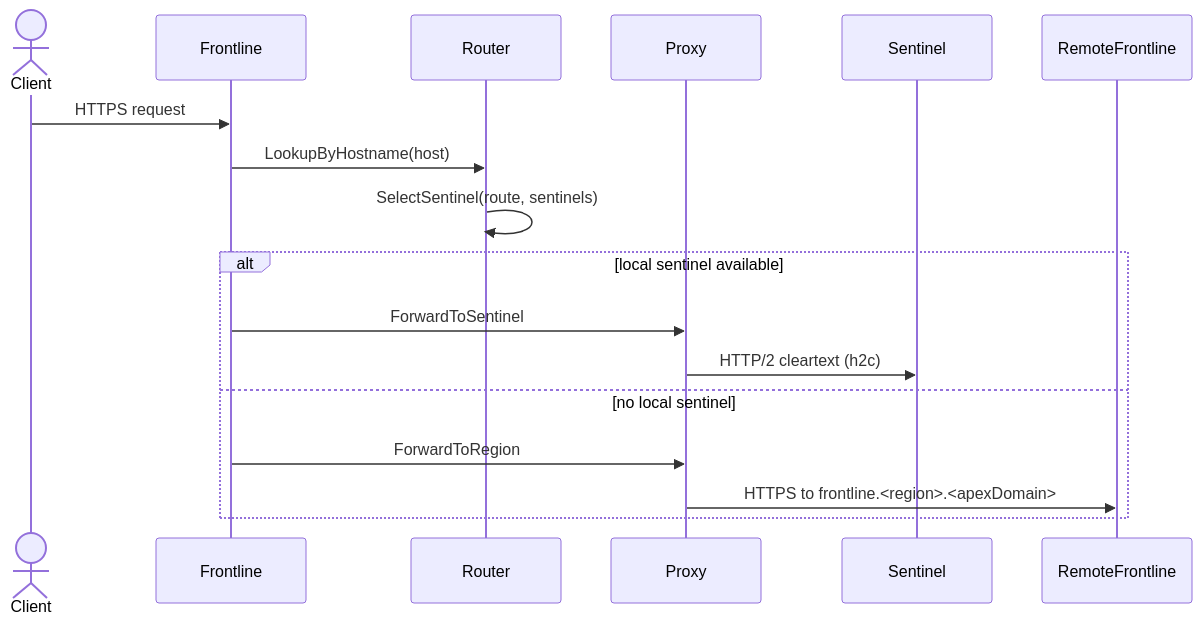
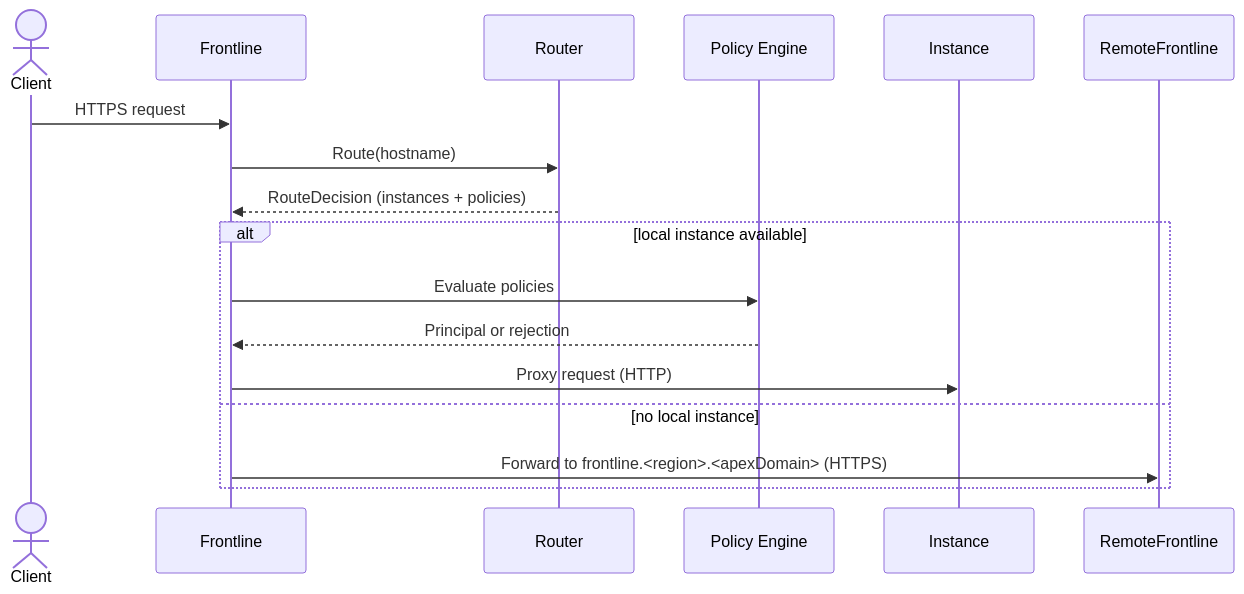
The diagram in docs/engineering/architecture/services/frontline/ingress.mdx (unkeyed/unkey), drawn with Mermaid before and after one commit. The commit also changed other lines of this file and 66 other files, not shown here.

````diff
--- a/docs/engineering/architecture/services/frontline/ingress.mdx
+++ b/docs/engineering/architecture/services/frontline/ingress.mdx
@@ -35,20 +36,20 @@
 ```mermaid
 sequenceDiagram
   actor Client
   participant Frontline
   participant Router
-  participant Proxy
-  participant Sentinel
+  participant Engine as Policy Engine
+  participant Instance
   participant RemoteFrontline
 
   Client->>Frontline: HTTPS request
-  Frontline->>Router: LookupByHostname(host)
-  Router->>Router: SelectSentinel(route, sentinels)
-  alt local sentinel available
-    Frontline->>Proxy: ForwardToSentinel
-    Proxy->>Sentinel: HTTP/2 cleartext (h2c)
-  else no local sentinel
-    Frontline->>Proxy: ForwardToRegion
-    Proxy->>RemoteFrontline: HTTPS to frontline.<region>.<apexDomain>
+  Frontline->>Router: Route(hostname)
+  Router-->>Frontline: RouteDecision (instances + policies)
+  alt local instance available
+    Frontline->>Engine: Evaluate policies
+    Engine-->>Frontline: Principal or rejection
+    Frontline->>Instance: Proxy request (HTTP)
+  else no local instance
+    Frontline->>RemoteFrontline: Forward to frontline.<region>.<apexDomain> (HTTPS)
   end
 ```
````
